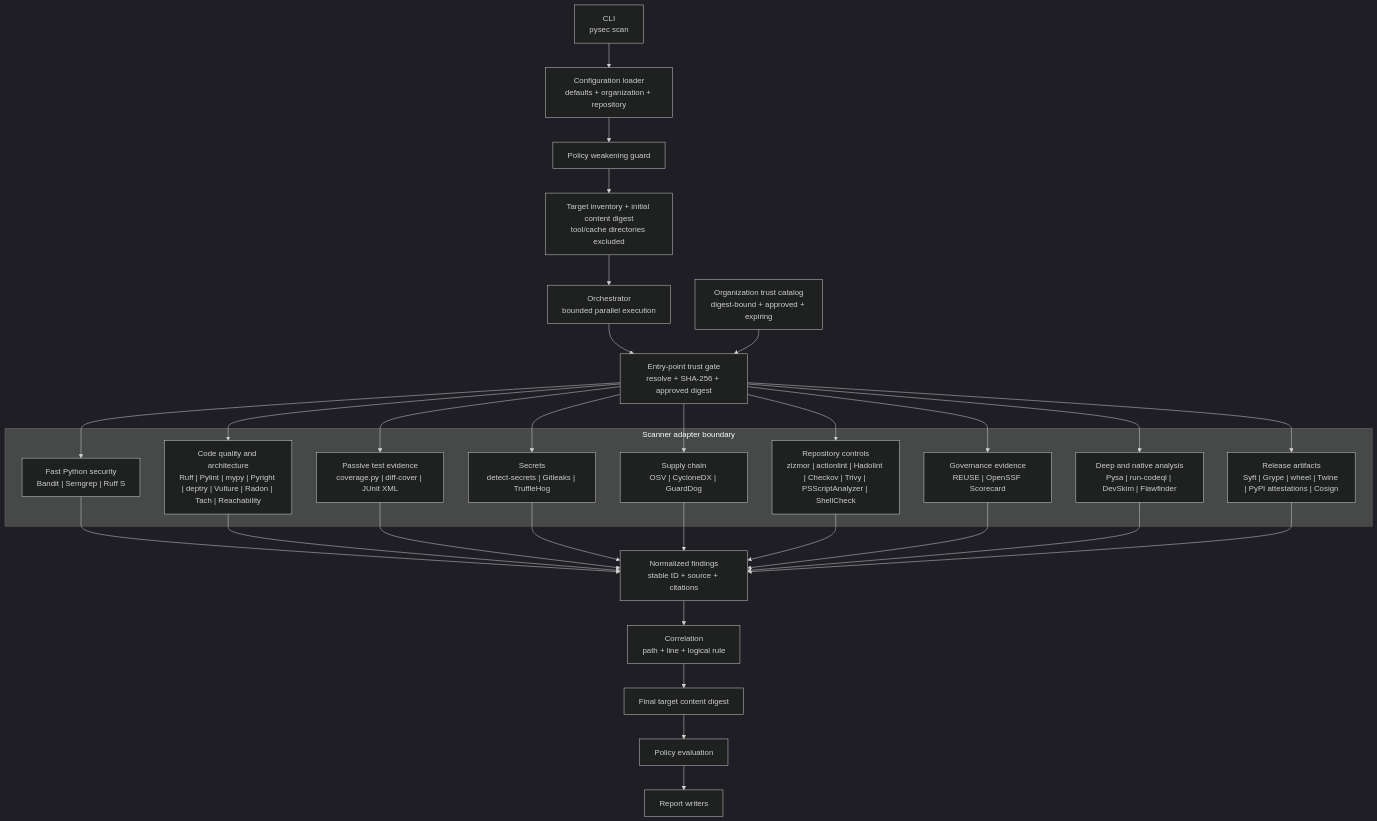
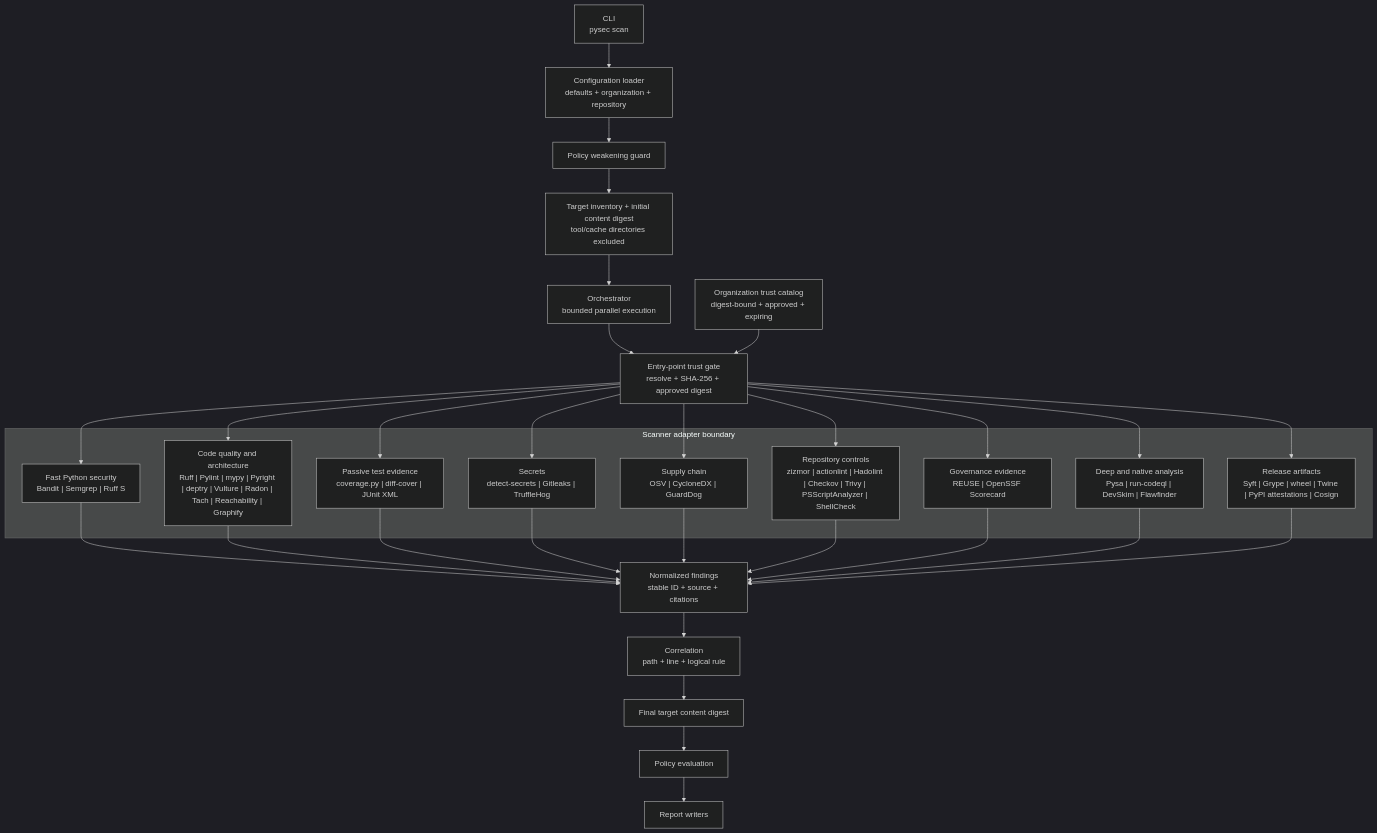
One commit to willtran87/project-py-security-suite changed the fifth of 11 diagrams in docs/design.md. Above: the diagram before and after it, drawn with Mermaid (dark theme). The commit also changed other lines of this file and 37 other files, not shown here.

Commit message:
Add graph-aware structural evidence synthesis

````diff
--- a/docs/design.md
+++ b/docs/design.md
@@ -202,50 +202,50 @@
 ```mermaid
 flowchart TD
     CLI["CLI<br/>pysec scan"]
     Config["Configuration loader<br/>defaults + organization + repository"]
     Guard["Policy weakening guard"]
     Inventory["Target inventory + initial content digest<br/>tool/cache directories excluded"]
     Orchestrator["Orchestrator<br/>bounded parallel execution"]
     TrustCatalog["Organization trust catalog<br/>digest-bound + approved + expiring"]
     ToolTrust["Entry-point trust gate<br/>resolve + SHA-256 + approved digest"]
     FinalSnapshot["Final target content digest"]
 
     subgraph Adapters["Scanner adapter boundary"]
         Fast["Fast Python security<br/>Bandit | Semgrep | Ruff S"]
-        Quality["Code quality and architecture<br/>Ruff | Pylint | mypy | Pyright | deptry | Vulture | Radon | Tach | Reachability"]
+        Quality["Code quality and architecture<br/>Ruff | Pylint | mypy | Pyright | deptry | Vulture | Radon | Tach | Reachability | Graphify"]
         Tests["Passive test evidence<br/>coverage.py | diff-cover | JUnit XML"]
         Secrets["Secrets<br/>detect-secrets | Gitleaks | TruffleHog"]
         Supply["Supply chain<br/>OSV | CycloneDX | GuardDog"]
         Pipeline["Repository controls<br/>zizmor | actionlint | Hadolint | Checkov | Trivy | PSScriptAnalyzer | ShellCheck"]
         Governance["Governance evidence<br/>REUSE | OpenSSF Scorecard"]
         Deep["Deep and native analysis<br/>Pysa | run-codeql | DevSkim | Flawfinder"]
         Artifact["Release artifacts<br/>Syft | Grype | wheel | Twine | PyPI attestations | Cosign"]
     end
 
     Normalize["Normalized findings<br/>stable ID + source + citations"]
     Correlate["Correlation<br/>path + line + logical rule"]
     Policy["Policy evaluation"]
     Report["Report writers"]
 
     CLI --> Config --> Guard --> Inventory --> Orchestrator --> ToolTrust
     TrustCatalog --> ToolTrust
     ToolTrust --> Fast
     ToolTrust --> Quality
     ToolTrust --> Tests
     ToolTrust --> Secrets
     ToolTrust --> Supply
     ToolTrust --> Pipeline
     ToolTrust --> Governance
     ToolTrust --> Deep
     ToolTrust --> Artifact
     Fast --> Normalize
     Quality --> Normalize
     Tests --> Normalize
     Secrets --> Normalize
     Supply --> Normalize
     Pipeline --> Normalize
     Governance --> Normalize
     Deep --> Normalize
     Artifact --> Normalize
     Normalize --> Correlate --> FinalSnapshot --> Policy --> Report
 ```
````
